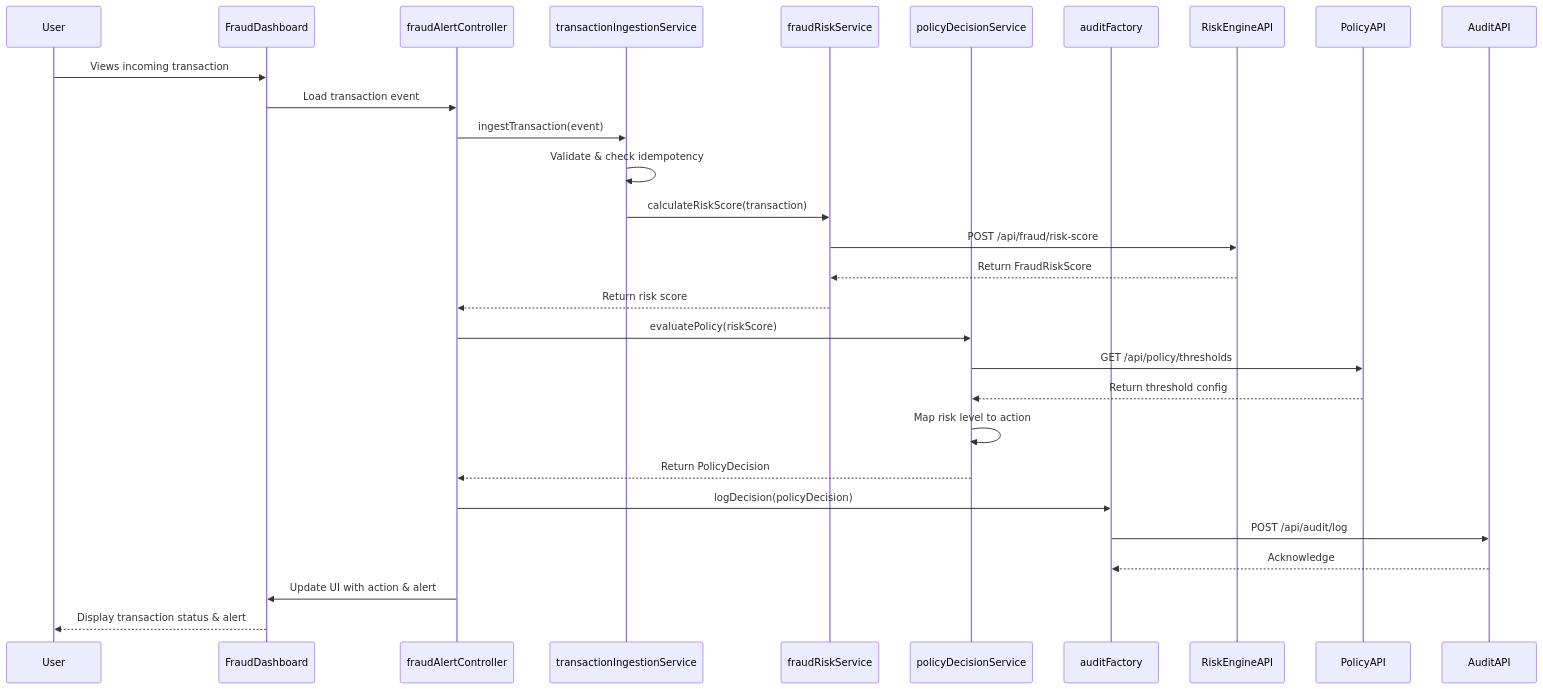
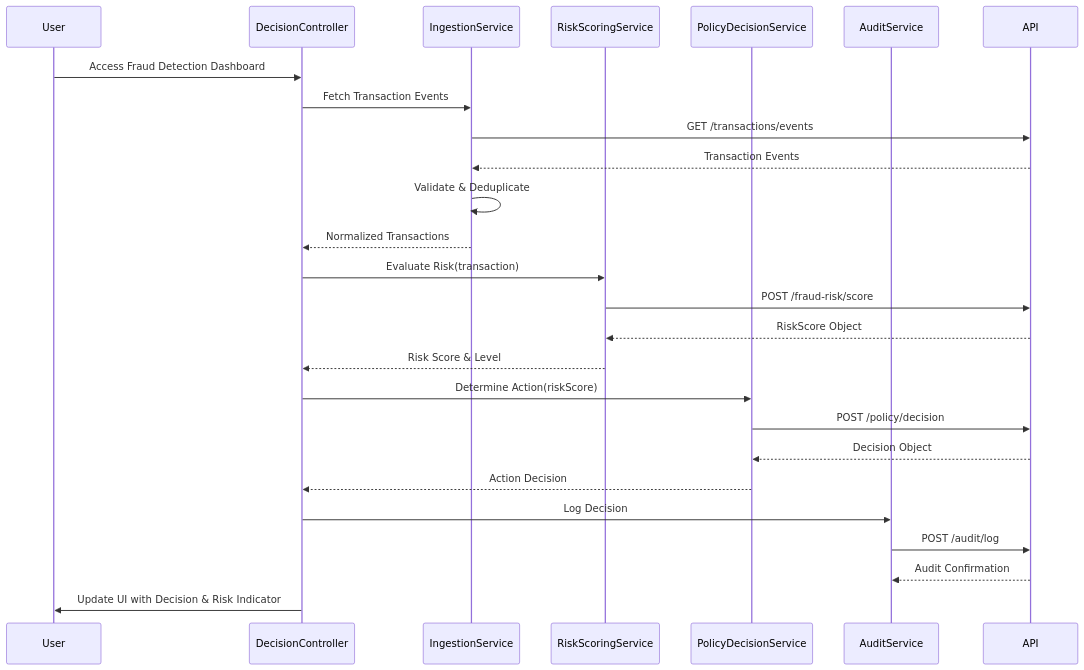
Before and after one commit to Davamani-git/APB_Demo: the diagram in LLD/QE-4549_LLD.md, drawn with Mermaid. The commit also changed other lines of this file and 1 other file, not shown here.

````diff
--- a/LLD/QE-4549_LLD.md
+++ b/LLD/QE-4549_LLD.md
@@ -128,32 +95,29 @@
 ```mermaid
 sequenceDiagram
     participant User
-    participant FraudDashboard
-    participant fraudAlertController
-    participant transactionIngestionService
-    participant fraudRiskService
-    participant policyDecisionService
-    participant auditFactory
-    participant RiskEngineAPI
-    participant PolicyAPI
-    participant AuditAPI
+    participant DecisionController
+    participant IngestionService
+    participant RiskScoringService
+    participant PolicyDecisionService
+    participant AuditService
+    participant API
 
-    User->>FraudDashboard: Views incoming transaction
-    FraudDashboard->>fraudAlertController: Load transaction event
-    fraudAlertController->>transactionIngestionService: ingestTransaction(event)
-    transactionIngestionService->>transactionIngestionService: Validate & check idempotency
-    transactionIngestionService->>fraudRiskService: calculateRiskScore(transaction)
-    fraudRiskService->>RiskEngineAPI: POST /api/fraud/risk-score
-    RiskEngineAPI-->>fraudRiskService: Return FraudRiskScore
-    fraudRiskService-->>fraudAlertController: Return risk score
-    fraudAlertController->>policyDecisionService: evaluatePolicy(riskScore)
-    policyDecisionService->>PolicyAPI: GET /api/policy/thresholds
-    PolicyAPI-->>policyDecisionService: Return threshold config
-    policyDecisionService->>policyDecisionService: Map risk level to action
-    policyDecisionService-->>fraudAlertController: Return PolicyDecision
-    fraudAlertController->>auditFactory: logDecision(policyDecision)
-    auditFactory->>AuditAPI: POST /api/audit/log
-    AuditAPI-->>auditFactory: Acknowledge
-    fraudAlertController->>FraudDashboard: Update UI with action & alert
-    FraudDashboard-->>User: Display transaction status & alert
+    User->>DecisionController: Access Fraud Detection Dashboard
+    DecisionController->>IngestionService: Fetch Transaction Events
+    IngestionService->>API: GET /transactions/events
+    API-->>IngestionService: Transaction Events
+    IngestionService->>IngestionService: Validate & Deduplicate
+    IngestionService-->>DecisionController: Normalized Transactions
+    DecisionController->>RiskScoringService: Evaluate Risk(transaction)
+    RiskScoringService->>API: POST /fraud-risk/score
+    API-->>RiskScoringService: RiskScore Object
+    RiskScoringService-->>DecisionController: Risk Score & Level
+    DecisionController->>PolicyDecisionService: Determine Action(riskScore)
+    PolicyDecisionService->>API: POST /policy/decision
+    API-->>PolicyDecisionService: Decision Object
+    PolicyDecisionService-->>DecisionController: Action Decision
+    DecisionController->>AuditService: Log Decision
+    AuditService->>API: POST /audit/log
+    API-->>AuditService: Audit Confirmation
+    DecisionController->>User: Update UI with Decision & Risk Indicator
 ```
````
